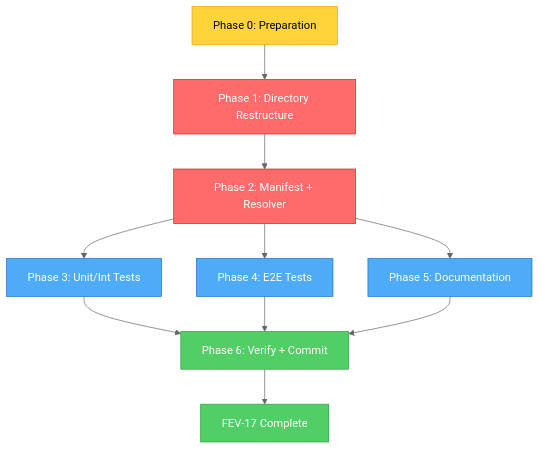
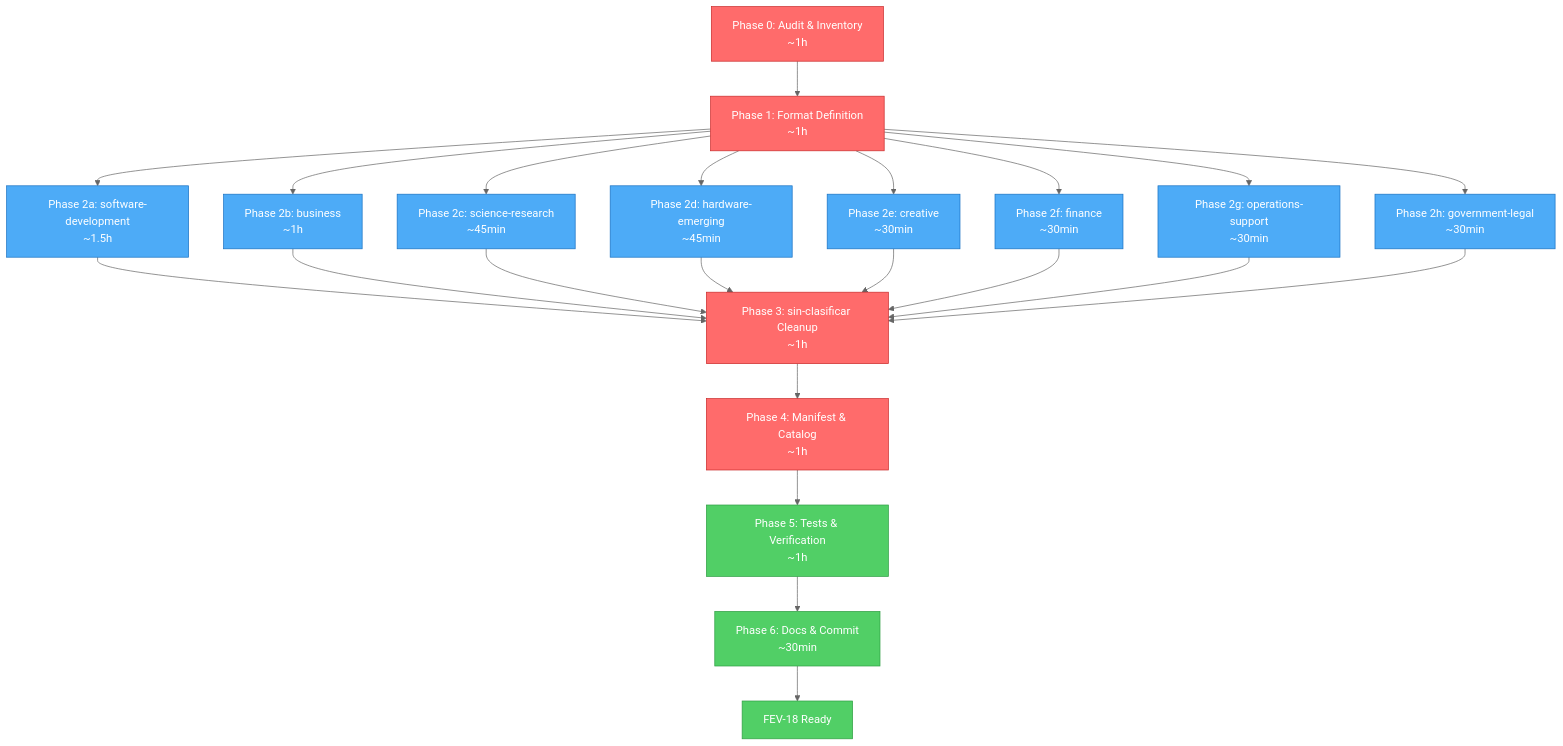
Before and after one commit to Fisherk2/codice-opencode: the second of 2 diagrams in tasks/plan.md, drawn with Mermaid (neutral theme). The commit also changed other lines of this file and 1 other file, not shown here.

First line of the commit message:
docs(tasks): establish FEV-18 implementation plan

````diff
--- a/tasks/plan.md
+++ b/tasks/plan.md
@@ -1347,22 +1353,33 @@
 ```mermaid
 graph TD
-    P0[Phase 0: Preparation] --> P1[Phase 1: Directory Restructure]
-    P1 --> P2[Phase 2: Manifest + Resolver]
-    P2 --> P3[Phase 3: Unit/Int Tests]
-    P2 --> P4[Phase 4: E2E Tests]
-    P2 --> P5[Phase 5: Documentation]
-    P3 --> P6[Phase 6: Verify + Commit]
-    P4 --> P6
-    P5 --> P6
-    P6 --> DONE[FEV-17 Complete]
+    P0[Phase 0: Audit & Inventory<br/>~1h] --> P1[Phase 1: Format Definition<br/>~1h]
+    P1 --> P2A[Phase 2a: software-development<br/>~1.5h]
+    P1 --> P2B[Phase 2b: business<br/>~1h]
+    P1 --> P2C[Phase 2c: science-research<br/>~45min]
+    P1 --> P2D[Phase 2d: hardware-emerging<br/>~45min]
+    P1 --> P2E[Phase 2e: creative<br/>~30min]
+    P1 --> P2F[Phase 2f: finance<br/>~30min]
+    P1 --> P2G[Phase 2g: operations-support<br/>~30min]
+    P1 --> P2H[Phase 2h: government-legal<br/>~30min]
+    P2A --> P3[Phase 3: sin-clasificar Cleanup<br/>~1h]
+    P2B --> P3
+    P2C --> P3
+    P2D --> P3
+    P2E --> P3
+    P2F --> P3
+    P2G --> P3
+    P2H --> P3
+    P3 --> P4[Phase 4: Manifest & Catalog<br/>~1h]
+    P4 --> P5[Phase 5: Tests & Verification<br/>~1h]
+    P5 --> P6[Phase 6: Docs & Commit<br/>~30min]
+    P6 --> DONE[FEV-18 Ready]
 
     classDef crit fill:#ff6b6b,stroke:#c92a2a,color:#fff
     classDef gate fill:#51cf66,stroke:#2f9e44,color:#fff
     classDef par fill:#4dabf7,stroke:#1971c2,color:#fff
     classDef seq fill:#ffd43b,stroke:#f59f00,color:#000
 
-    class P1,P2 crit
-    class P6,DONE gate
-    class P3,P4,P5 par
-    class P0 seq
+    class P0,P1,P3,P4 crit
+    class P5,P6,DONE gate
+    class P2A,P2B,P2C,P2D,P2E,P2F,P2G,P2H par
 ```
````
